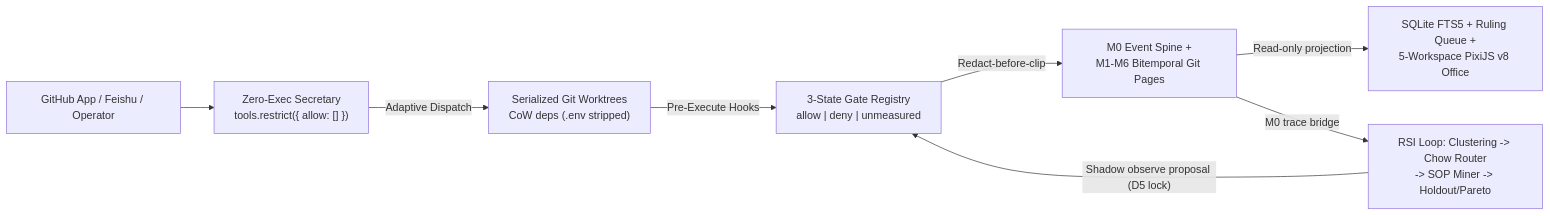
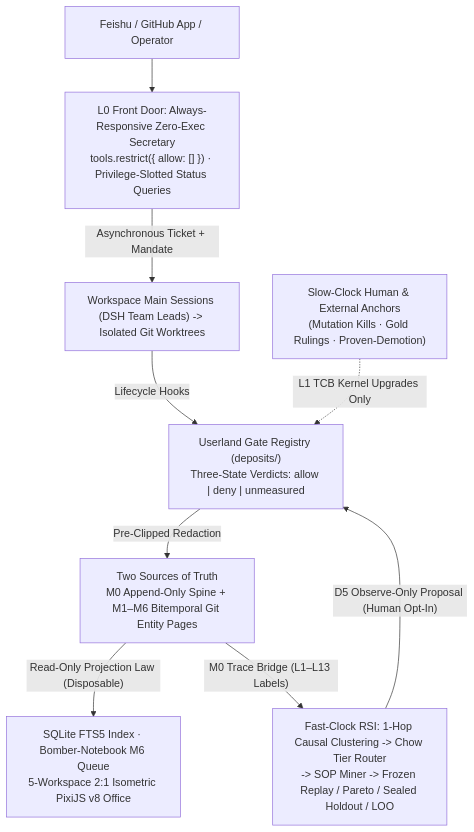
One commit to CovD831/dsh-secretary changed the diagram in README.md. Above: the diagram before and after it, drawn with Mermaid. The commit also changed other lines of this file and 1 other file, not shown here.

Commit message:
docs: 重构中英文 README 以内核/用户态沉淀、评估器优先 RSI 与常在线零执行秘书为核心主线

````diff
--- a/README.md
+++ b/README.md
@@ -51,10 +54,11 @@
 ```mermaid
-flowchart LR
-  Sources["GitHub App / Feishu / Operator"] --> Secretary["Zero-Exec Secretary<br/>tools.restrict({ allow: [] })"]
-  Secretary -->|"Adaptive Dispatch"| Worktree["Serialized Git Worktrees<br/>CoW deps (.env stripped)"]
-  Worktree -->|"Pre-Execute Hooks"| Gates["3-State Gate Registry<br/>allow | deny | unmeasured"]
-  Gates -->|"Redact-before-clip"| Spine["M0 Event Spine +<br/>M1-M6 Bitemporal Git Pages"]
-  Spine -->|"Read-only projection"| Projections["SQLite FTS5 + Ruling Queue +<br/>5-Workspace PixiJS v8 Office"]
-  Spine -->|"M0 trace bridge"| RSI["RSI Loop: Clustering -> Chow Router<br/>-> SOP Miner -> Holdout/Pareto"]
-  RSI -->|"Shadow observe proposal (D5 lock)"| Gates
+flowchart TB
+  Sources["Feishu / GitHub App / Operator"] --> Secretary["L0 Front Door: Always-Responsive Zero-Exec Secretary<br/>tools.restrict({ allow: [] }) · Privilege-Slotted Status Queries"]
+  Secretary -->|"Asynchronous Ticket + Mandate"| Leads["Workspace Main Sessions (DSH Team Leads) -> Isolated Git Worktrees"]
+  Leads -->|"Lifecycle Hooks"| Registry["Userland Gate Registry (deposits/)<br/>Three-State Verdicts: allow | deny | unmeasured"]
+  Registry -->|"Pre-Clipped Redaction"| Truth["Two Sources of Truth<br/>M0 Append-Only Spine + M1–M6 Bitemporal Git Entity Pages"]
+  Truth -->|"Read-Only Projection Law (Disposable)"| Proj["SQLite FTS5 Index · Bomber-Notebook M6 Queue<br/>5-Workspace 2:1 Isometric PixiJS v8 Office"]
+  Truth -->|"M0 Trace Bridge (L1–L13 Labels)"| RSI["Fast-Clock RSI: 1-Hop Causal Clustering -> Chow Tier Router<br/>-> SOP Miner -> Frozen Replay / Pareto / Sealed Holdout / LOO"]
+  RSI -->|"D5 Observe-Only Proposal (Human Opt-In)"| Registry
+  Anchor["Slow-Clock Human & External Anchors<br/>(Mutation Kills · Gold Rulings · Proven-Demotion)"] -.->|"L1 TCB Kernel Upgrades Only"| Registry
 ```
````
